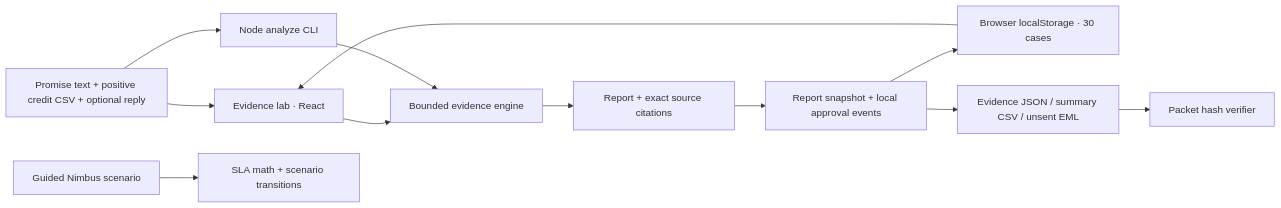
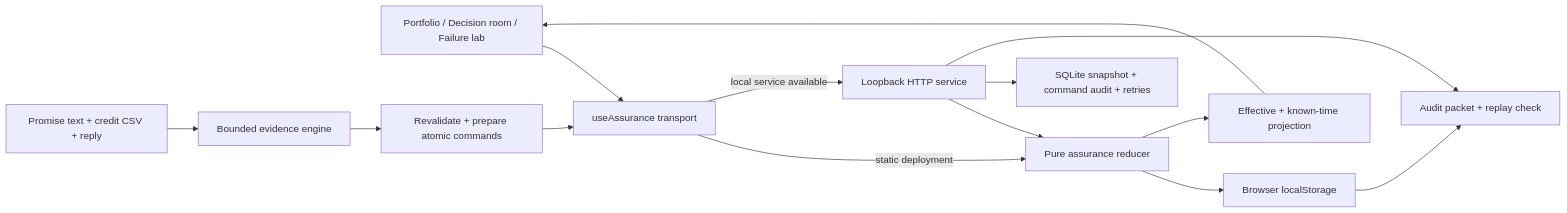
The diagram in docs/ARCHITECTURE.md (Srujyama/truthful-ovo), drawn with Mermaid before and after one commit. The commit also changed other lines of this file and 51 other files, not shown here.

Commit message:
Build financial commitment assurance with temporal replay and conserved authority

````diff
--- a/docs/ARCHITECTURE.md
+++ b/docs/ARCHITECTURE.md
@@ -5,21 +5,25 @@
 ```mermaid
 flowchart LR
-    Sources[Promise text + positive credit CSV + optional reply]
-    Lab[Evidence lab · React]
-    Engine[Bounded evidence engine]
-    Report[Report + exact source citations]
-    Recovery[Report snapshot + local approval events]
-    Store[Browser localStorage · 30 cases]
-    Packet[Evidence JSON / summary CSV / unsent EML]
-    CLI[Node analyze CLI]
-    Verify[Packet hash verifier]
-    Guided[Guided Nimbus scenario]
-    Domain[SLA math + scenario transitions]
+    UI[Portfolio / Decision room / Failure lab]
+    Hook[useAssurance transport]
+    Reducer[Pure assurance reducer]
+    Projection[Effective + known-time projection]
+    Browser[Browser localStorage]
+    HTTP[Loopback HTTP service]
+    SQLite[SQLite snapshot + command audit + retries]
+    Text[Promise text + credit CSV + reply]
+    Extract[Bounded evidence engine]
+    Import[Revalidate + prepare atomic commands]
+    Export[Audit packet + replay check]
 
-    Sources --> Lab --> Engine --> Report --> Recovery
-    Sources --> CLI --> Engine
-    Recovery --> Store
-    Store --> Lab
-    Recovery --> Packet --> Verify
-    Guided --> Domain
+    UI --> Hook
+    Hook -->|static deployment| Reducer
+    Reducer --> Browser
+    Hook -->|local service available| HTTP
+    HTTP --> Reducer
+    HTTP --> SQLite
+    Reducer --> Projection --> UI
+    Text --> Extract --> Import --> Hook
+    HTTP --> Export
+    Browser --> Export
 ```
````
